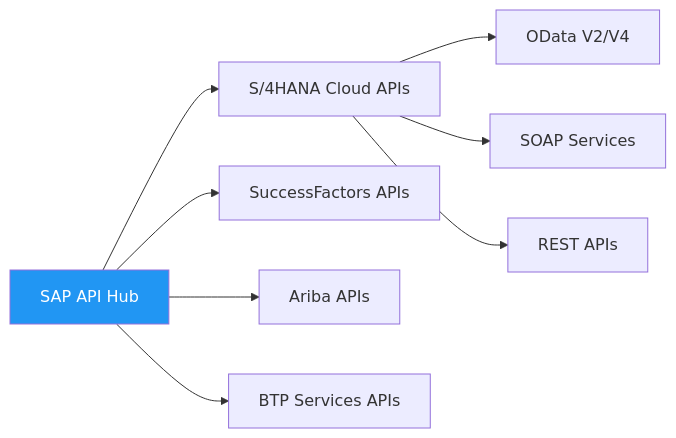
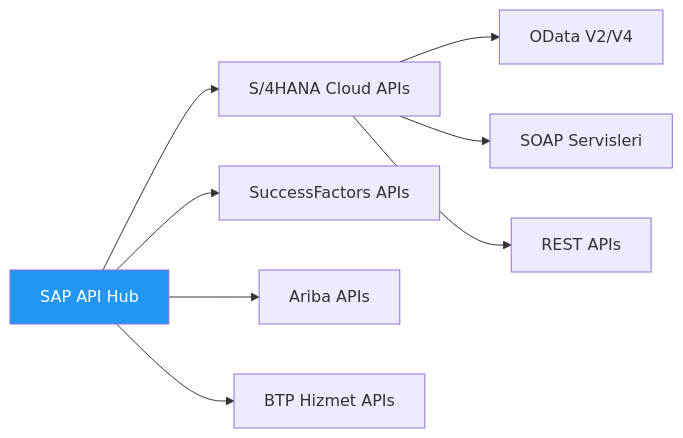
The second of 3 diagrams in Technical Tutorials/BTP/TR/chapters/appendix-c-resources.md (beyhanmeyrali/sap-all), drawn with Mermaid before and after one commit. The commit also changed other lines of this file and 11 other files, not shown here.

````diff
--- a/Technical Tutorials/BTP/TR/chapters/appendix-c-resources.md
+++ b/Technical Tutorials/BTP/TR/chapters/appendix-c-resources.md
@@ -56,13 +56,13 @@
 ```mermaid
 flowchart LR
     HUB[SAP API Hub] --> S4[S/4HANA Cloud APIs]
     HUB --> SF[SuccessFactors APIs]
     HUB --> ARIBA[Ariba APIs]
-    HUB --> BTP[BTP Services APIs]
+    HUB --> BTP[BTP Hizmet APIs]
 
     S4 --> ODATA[OData V2/V4]
-    S4 --> SOAP[SOAP Services]
+    S4 --> SOAP[SOAP Servisleri]
     S4 --> REST[REST APIs]
 
     style HUB fill:#2196F3,color:white
 ```
````
